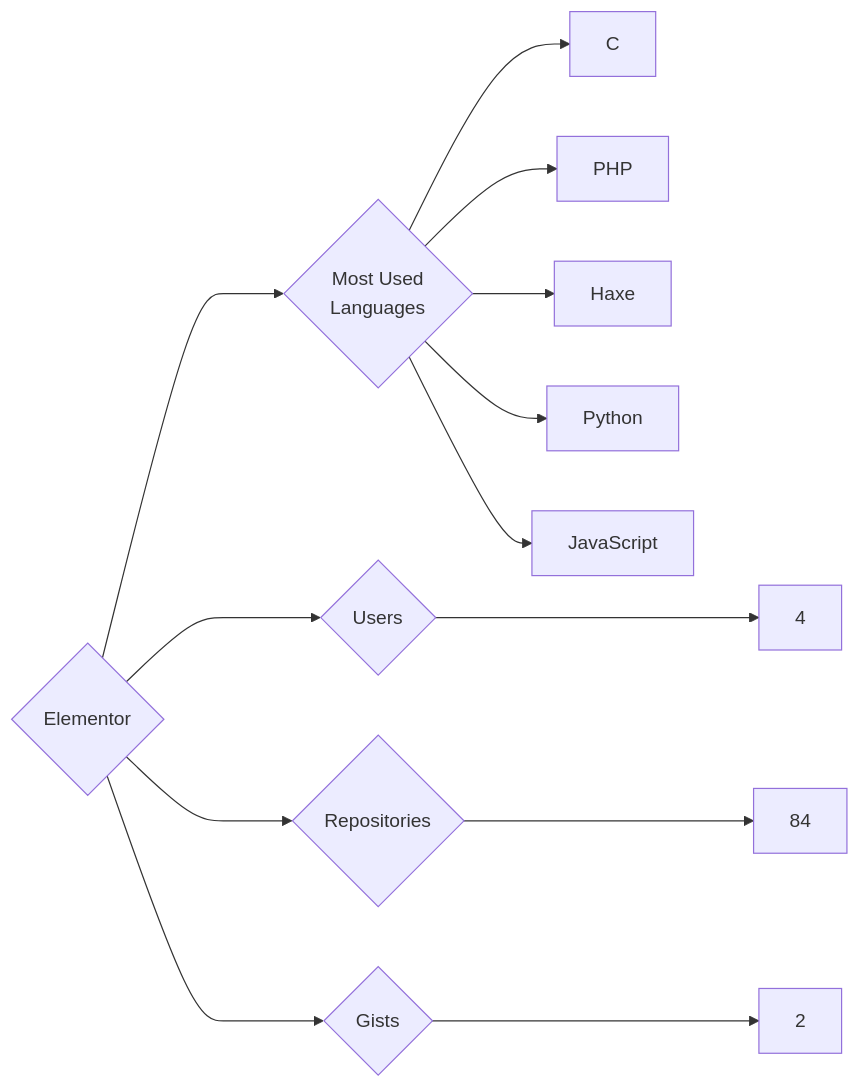
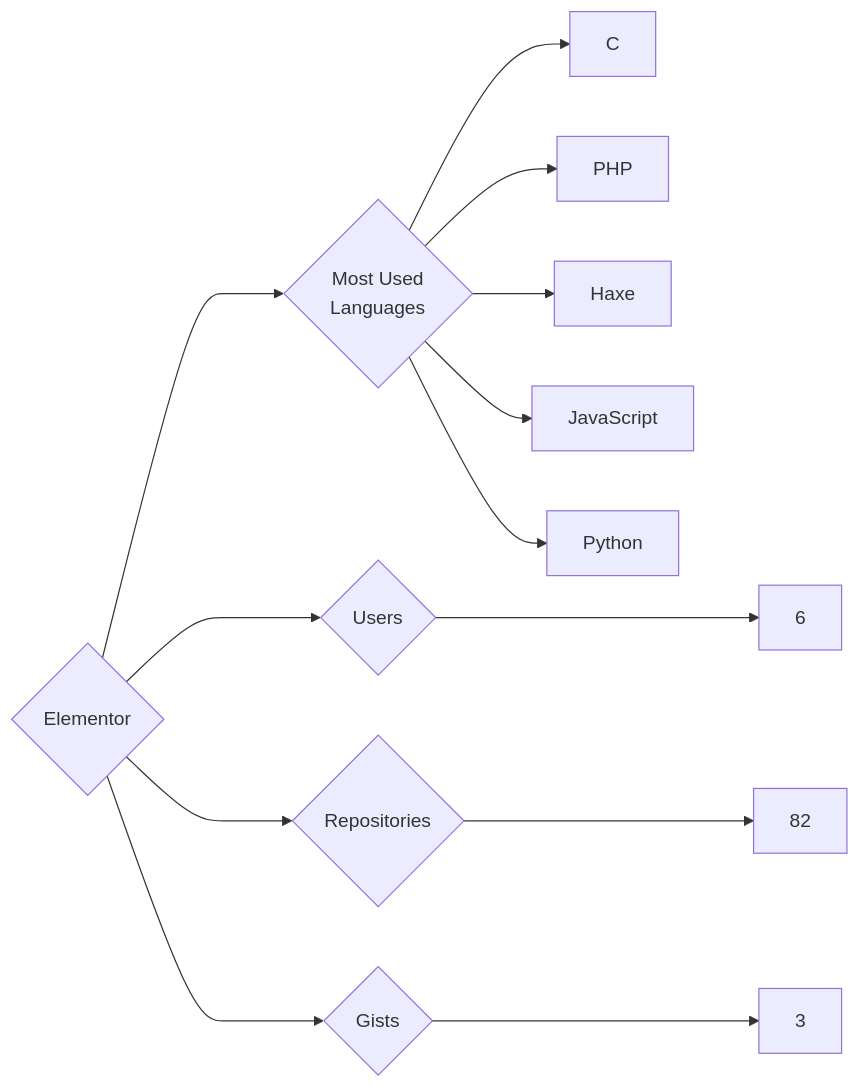
Before and after one commit to trickest/insiders: the diagram in targets/Elementor/README.md, drawn with Mermaid. The commit also changed 1023 other files, not shown here.

````diff
--- a/targets/Elementor/README.md
+++ b/targets/Elementor/README.md
@@ -3,13 +3,13 @@
 ```mermaid
 graph LR
 COMPANY_NAME{Elementor}
-COMPANY_NAME ---> U{Users} ---> UN[4]
-COMPANY_NAME ---> R{Repositories} ---> RN[84]
-COMPANY_NAME ---> G{Gists} ---> GN[2]
+COMPANY_NAME ---> U{Users} ---> UN[6]
+COMPANY_NAME ---> R{Repositories} ---> RN[82]
+COMPANY_NAME ---> G{Gists} ---> GN[3]
 COMPANY_NAME ---> ML{Most Used<br>Languages}
 ML --> C[C]
 ML --> PHP[PHP]
 ML --> Haxe[Haxe]
+ML --> JavaScript[JavaScript]
 ML --> Python[Python]
-ML --> JavaScript[JavaScript]
 ```
````
